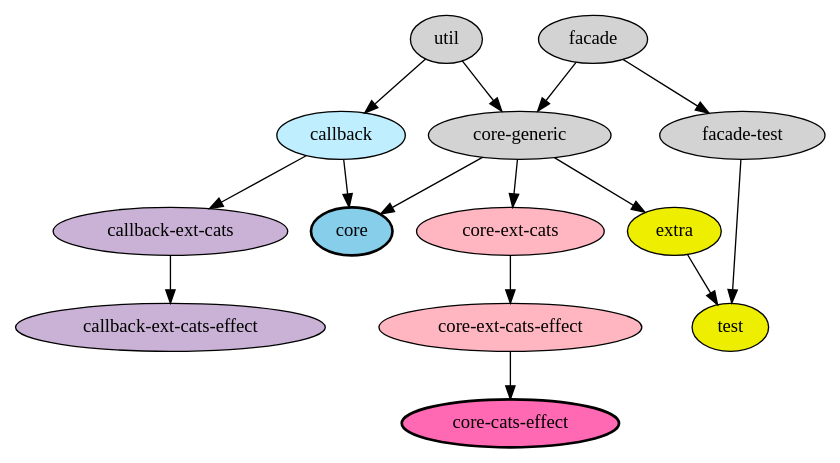
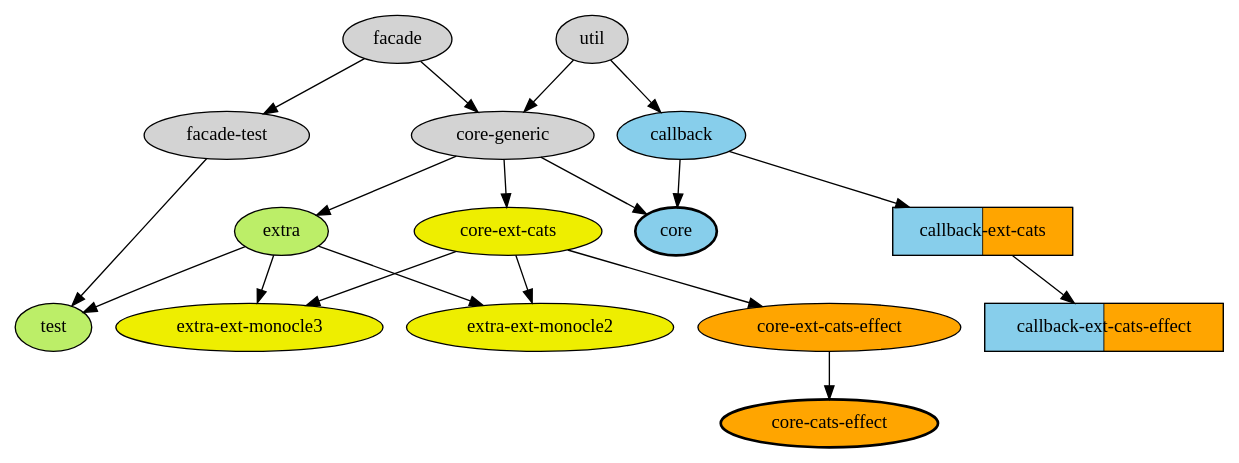
Before and after one commit to japgolly/scalajs-react: the diagram in doc/modules.gv, drawn with Graphviz. The commit also changed 26 other files, not shown here.

```diff
--- a/doc/modules.gv
+++ b/doc/modules.gv
@@ -1,35 +1,39 @@
 digraph G {
   node[style=filled] {
     facadeTest [label="facade-test"]
     coreGeneric [label="core-generic"]
 
-    node[fillcolor=yellow2]
+    node[fillcolor=darkolivegreen2]
     extra
     testUtil [label="test"]
 
-    node[fillcolor=lightblue1]
+    node[fillcolor=skyblue]
     callback
-    core [style="bold,filled" fillcolor=skyblue]
+    core [style="bold,filled"]
 
-    node[fillcolor="#cab2d6"]
+    node[fillcolor=yellow2]
+    cats [label="core-ext-cats"]
+    monocle2 [label="extra-ext-monocle2"]
+    monocle3 [label="extra-ext-monocle3"]
+
+    node[fillcolor=orange]
+    catsEffect [label="core-ext-cats-effect"]
+    coreCE [style="bold,filled" label="core-cats-effect"]
+
+    node[shape=box style="rounded,striped" fillcolor="skyblue:orange"]
     catsC [label="callback-ext-cats"]
     catsEffectC [label="callback-ext-cats-effect"]
-
-    node[fillcolor=lightpink]
-    cats [label="core-ext-cats"]
-    catsEffect [label="core-ext-cats-effect"]
-    coreCE [style="bold,filled" fillcolor=hotpink label="core-cats-effect"]
   }
 
   util -> coreGeneric,callback
   facade -> facadeTest
   callback -> core
   facade -> coreGeneric -> core,extra
   extra,facadeTest -> testUtil
 
   coreGeneric -> cats -> catsEffect
   callback -> catsC
   catsC -> catsEffectC
-
+  cats,extra -> monocle2,monocle3
   catsEffect -> coreCE
 }
```
